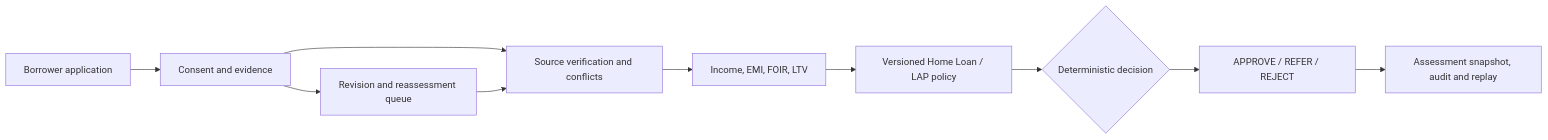
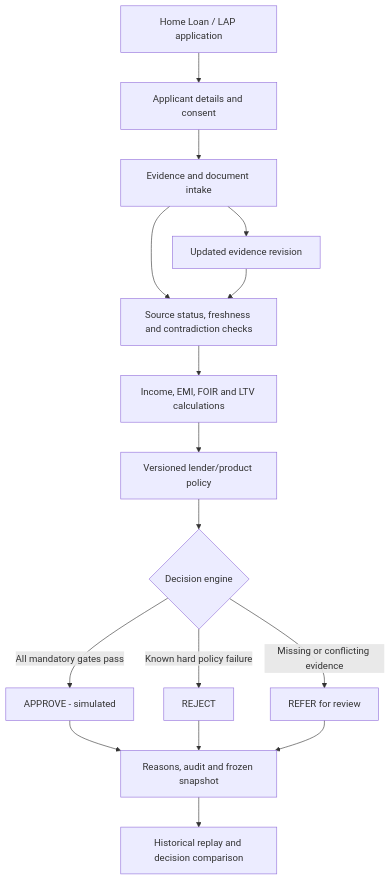
The first of 2 diagrams in README.md (pushkkal0201-bit/AadharShila), drawn with Mermaid before and after one commit. The commit also changed other lines of this file, not shown here.

Commit message:
docs: explain Aadharshila problem, underwriting demo, architecture and verified scope

````diff
--- a/README.md
+++ b/README.md
@@ -11,12 +25,18 @@
 ```mermaid
-flowchart LR
-    A[Borrower application] --> B[Consent and evidence]
-    B --> C[Source verification and conflicts]
-    C --> D[Income, EMI, FOIR, LTV]
-    D --> E[Versioned Home Loan / LAP policy]
-    E --> F{Deterministic decision}
-    F --> G[APPROVE / REFER / REJECT]
-    G --> H[Assessment snapshot, audit and replay]
-    B --> I[Revision and reassessment queue]
-    I --> C
+flowchart TD
+    A[Home Loan / LAP application] --> B[Applicant details and consent]
+    B --> C[Evidence and document intake]
+    C --> D[Source status, freshness and contradiction checks]
+    D --> E[Income, EMI, FOIR and LTV calculations]
+    E --> F[Versioned lender/product policy]
+    F --> G{Decision engine}
+    G -->|All mandatory gates pass| H[APPROVE - simulated]
+    G -->|Known hard policy failure| I[REJECT]
+    G -->|Missing or conflicting evidence| J[REFER for review]
+    H --> K[Reasons, audit and frozen snapshot]
+    I --> K
+    J --> K
+    K --> L[Historical replay and decision comparison]
+    C --> M[Updated evidence revision]
+    M --> D
 ```
````
